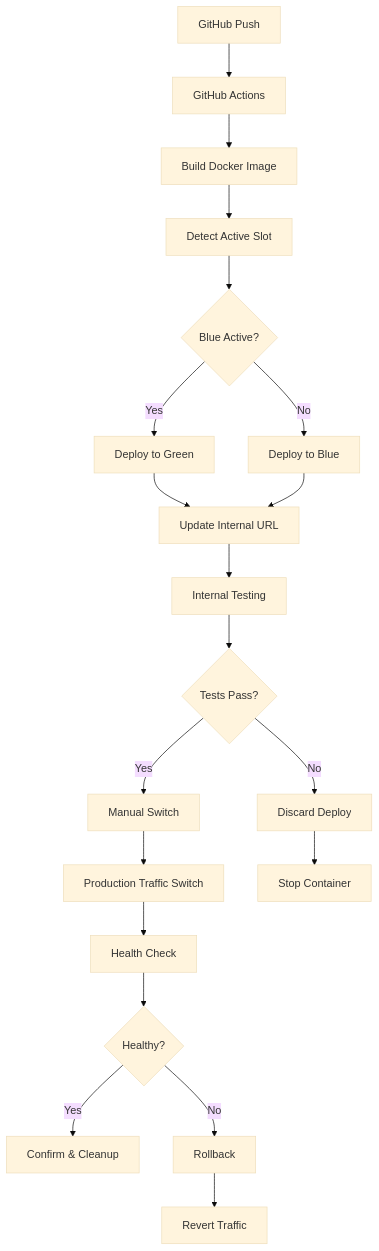
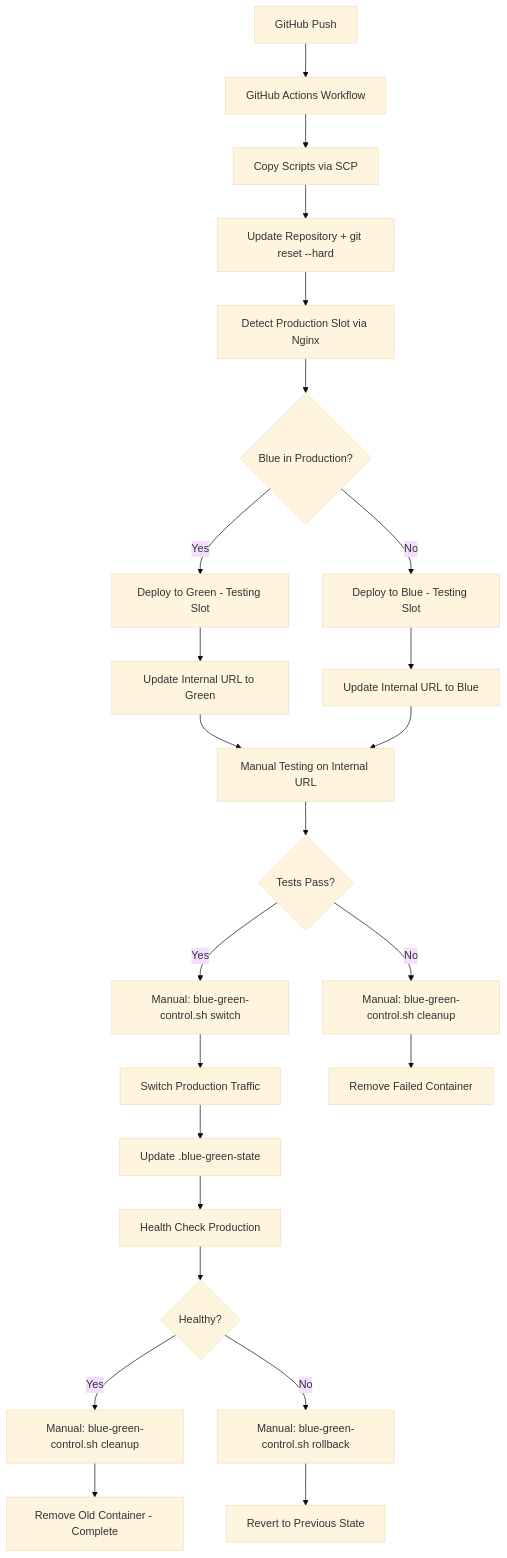
Before and after one commit to ConverxaDevTeam/chat-backend: the first of 2 diagrams in docs/flujo-blue-green-deployment.md, drawn with Mermaid (base theme). The commit also changed other lines of this file and 1 other file, not shown here.

First line of the commit message:
Fix: Corregir función cleanup y actualizar documentación

````diff
--- a/docs/flujo-blue-green-deployment.md
+++ b/docs/flujo-blue-green-deployment.md
@@ -27,22 +27,26 @@
 ```mermaid
 graph TD
-    A[GitHub Push] --> B[GitHub Actions]
-    B --> C[Build Docker Image]
-    C --> D[Detect Active Slot]
-    D --> E{Blue Active?}
-    E -->|Yes| F[Deploy to Green]
-    E -->|No| G[Deploy to Blue]
-    F --> H[Update Internal URL]
-    G --> H
-    H --> I[Internal Testing]
-    I --> J{Tests Pass?}
-    J -->|Yes| K[Manual Switch]
-    J -->|No| L[Discard Deploy]
-    K --> M[Production Traffic Switch]
-    M --> N[Health Check]
-    N --> O{Healthy?}
-    O -->|Yes| P[Confirm & Cleanup]
-    O -->|No| Q[Rollback]
-    L --> R[Stop Container]
-    Q --> S[Revert Traffic]
+    A[GitHub Push] --> B[GitHub Actions Workflow]
+    B --> C[Copy Scripts via SCP]
+    C --> D[Update Repository + git reset --hard]
+    D --> E[Detect Production Slot via Nginx]
+    E --> F{Blue in Production?}
+    F -->|Yes| G[Deploy to Green - Testing Slot]
+    F -->|No| H[Deploy to Blue - Testing Slot]
+    G --> I[Update Internal URL to Green]
+    H --> J[Update Internal URL to Blue]
+    I --> K[Manual Testing on Internal URL]
+    J --> K
+    K --> L{Tests Pass?}
+    L -->|Yes| M[Manual: blue-green-control.sh switch]
+    L -->|No| N[Manual: blue-green-control.sh cleanup]
+    M --> O[Switch Production Traffic]
+    O --> P[Update .blue-green-state]
+    P --> Q[Health Check Production]
+    Q --> R{Healthy?}
+    R -->|Yes| S[Manual: blue-green-control.sh cleanup]
+    R -->|No| T[Manual: blue-green-control.sh rollback]
+    N --> U[Remove Failed Container]
+    S --> V[Remove Old Container - Complete]
+    T --> W[Revert to Previous State]
 ```
````
